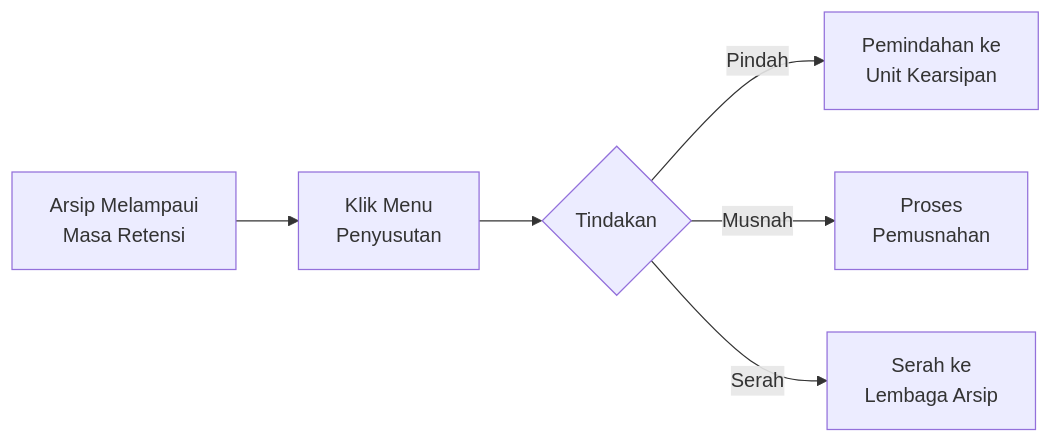
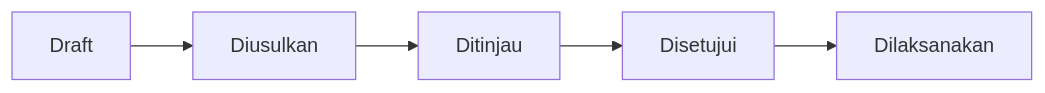
One commit to bayilaras/simsa-atrbpn changed the sixth of 9 diagrams in PANDUAN_PENGGUNAAN_SIMSA.md. Above: the diagram before and after it, drawn with Mermaid. The commit also changed other lines of this file, not shown here.

````diff
--- a/PANDUAN_PENGGUNAAN_SIMSA.md
+++ b/PANDUAN_PENGGUNAAN_SIMSA.md
@@ -659,8 +719,7 @@
 ```mermaid
 flowchart LR
-    A[Arsip Melampaui\nMasa Retensi] --> B[Klik Menu\n Penyusutan]
-    B --> C{Tindakan}
-    C -->|Pindah| F[Pemindahan ke\nUnit Kearsipan]
-    C -->|Musnah| D[Proses\nPemusnahan]
-    C -->|Serah| E[Serah ke\nLembaga Arsip]
+    A[Draft] --> B[Diusulkan]
+    B --> C[Ditinjau]
+    C --> D[Disetujui]
+    D --> E[Dilaksanakan]
 ```
````
